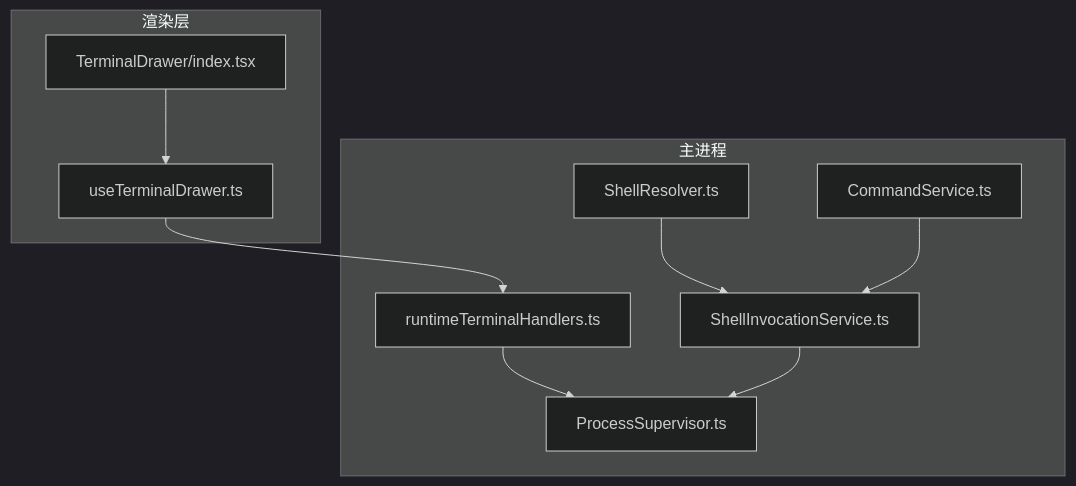
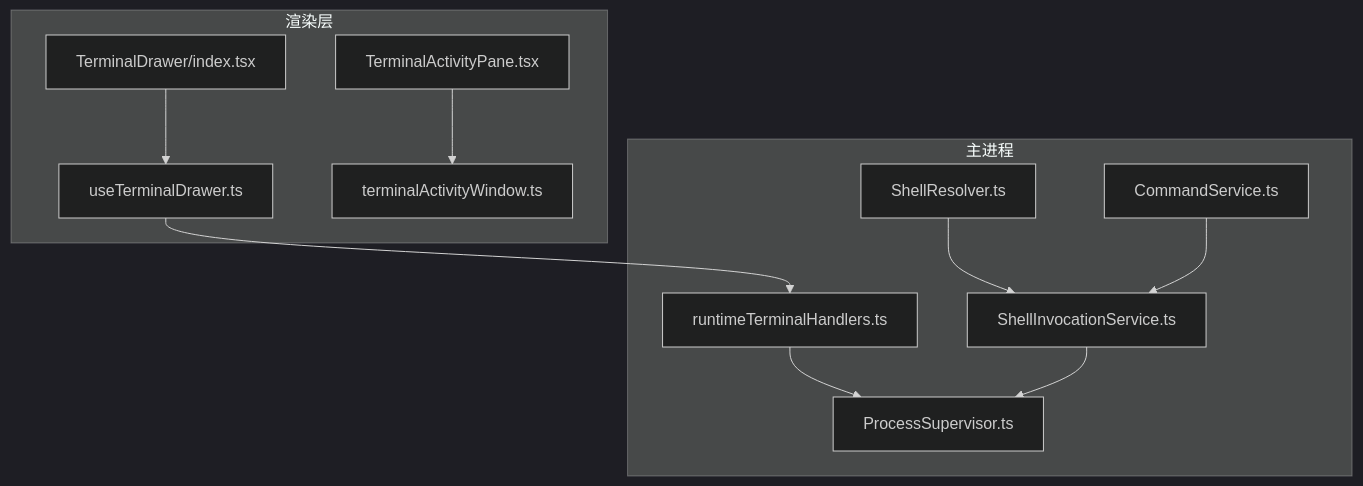
Before and after one commit to haolange/RDC-Agent: the first of 9 diagrams in .qoder/repowiki/zh/content/用户界面/终端抽屉.md, drawn with Mermaid (dark theme). The commit also changed other lines of this file and 90 other files, not shown here.

````diff
--- a/.qoder/repowiki/zh/content/用户界面/终端抽屉.md
+++ b/.qoder/repowiki/zh/content/用户界面/终端抽屉.md
@@ -40,20 +52,23 @@
 ```mermaid
 graph TB
 subgraph "渲染层"
 TD["TerminalDrawer/index.tsx"]
 VM["useTerminalDrawer.ts"]
+TAP["TerminalActivityPane.tsx"]
+TAW["terminalActivityWindow.ts"]
 end
 subgraph "主进程"
 IPC["runtimeTerminalHandlers.ts"]
 PS["ProcessSupervisor.ts"]
 SIS["ShellInvocationService.ts"]
 RS["ShellResolver.ts"]
 CMD["CommandService.ts"]
 end
 TD --> VM
 VM --> IPC
+TAP --> TAW
 IPC --> PS
 SIS --> PS
 RS --> SIS
 CMD --> SIS
 ```
````
